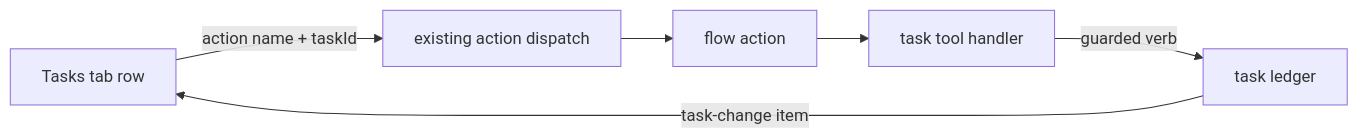
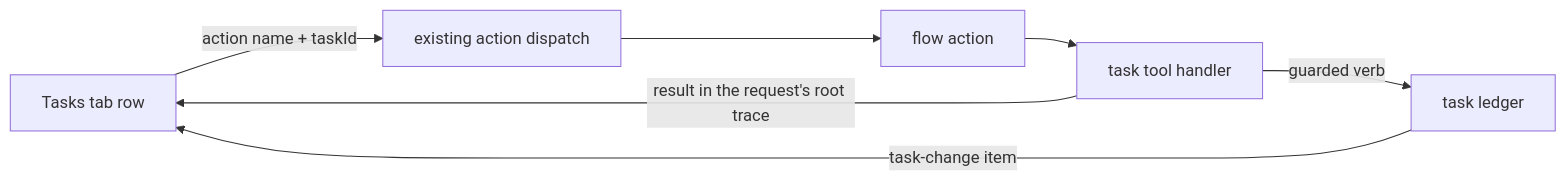
The second of 2 diagrams in specs/issues/FIX-1629/SPEC.md (fixpoint-labs/flow-state-dev), drawn with Mermaid before and after one commit. The commit also changed other lines of this file and 6 other files, not shown here.

````diff
--- a/specs/issues/FIX-1629/SPEC.md
+++ b/specs/issues/FIX-1629/SPEC.md
@@ -82,8 +82,9 @@
 ```mermaid
 flowchart LR
   T["Tasks tab row"] -->|"action name + taskId"| X["existing action dispatch"]
   X --> F["flow action"]
   F --> H["task tool handler"]
   H -->|"guarded verb"| G["task ledger"]
+  H -->|"result in the request's root trace"| T
   G -->|"task-change item"| T
 ```
````
